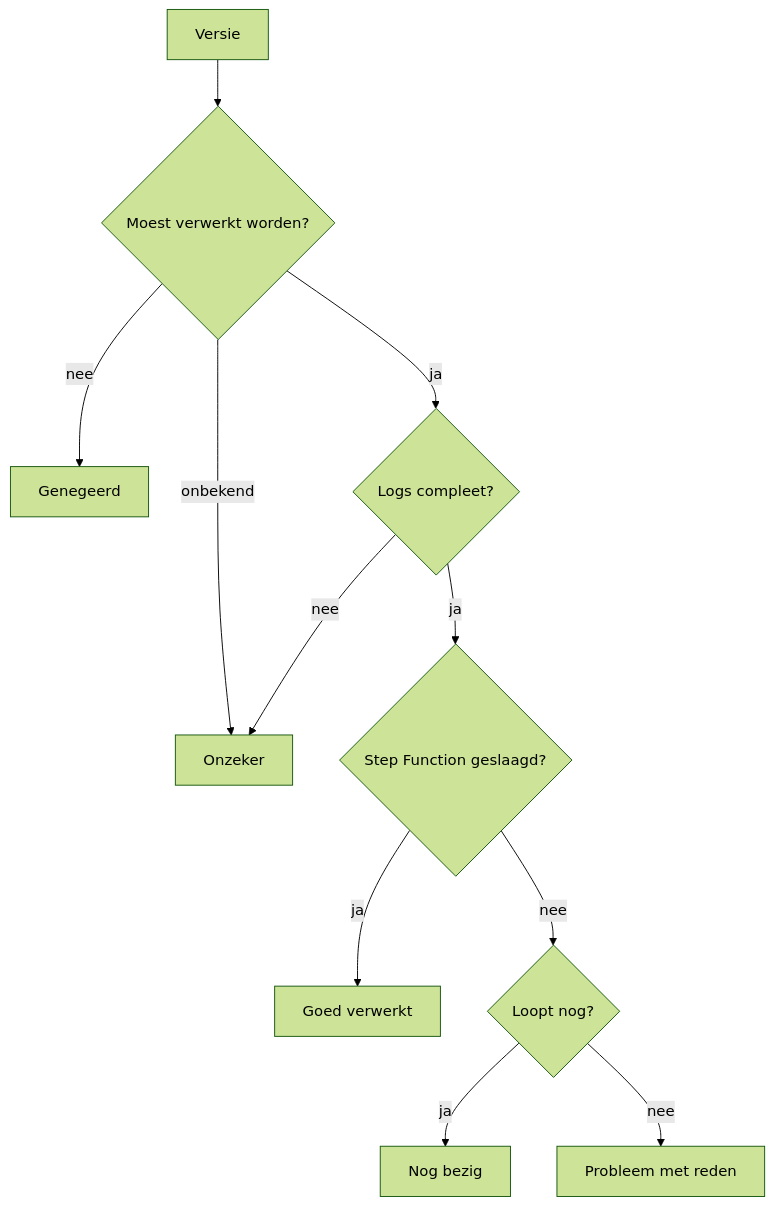
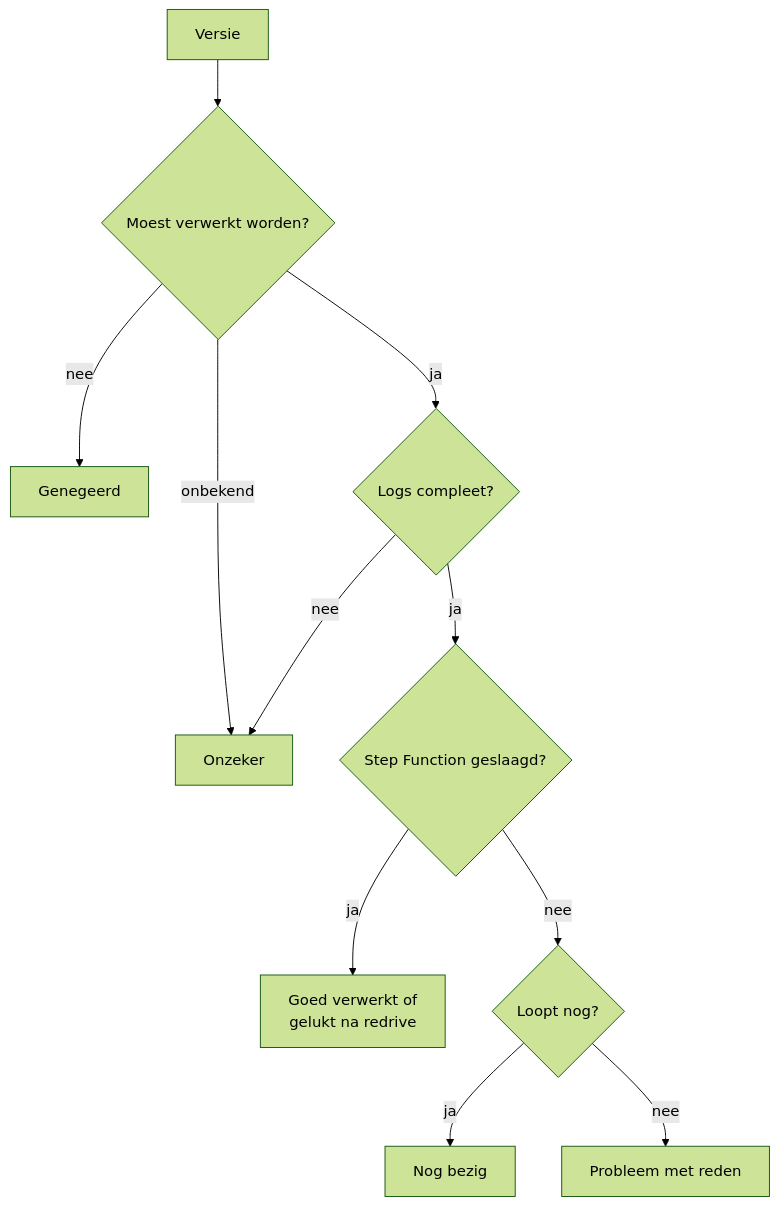
The third of 3 diagrams in src/submission-processing-monitor/matcher/README.md (GemeenteNijmegen/open-forms), drawn with Mermaid (forest theme) before and after one commit. The commit also changed other lines of this file, not shown here.

````diff
--- a/src/submission-processing-monitor/matcher/README.md
+++ b/src/submission-processing-monitor/matcher/README.md
@@ -99,13 +109,13 @@
 ```mermaid
 flowchart TD
     A[Versie] --> B{Moest verwerkt worden?}
     B -->|nee| G[Genegeerd]
     B -->|onbekend| U[Onzeker]
     B -->|ja| C{Logs compleet?}
     C -->|nee| U
     C -->|ja| D{Step Function geslaagd?}
-    D -->|ja| OK[Goed verwerkt]
+    D -->|ja| OK[Goed verwerkt of<br/>gelukt na redrive]
     D -->|nee| E{Loopt nog?}
     E -->|ja| L[Nog bezig]
     E -->|nee| P[Probleem met reden]
 ```
````
